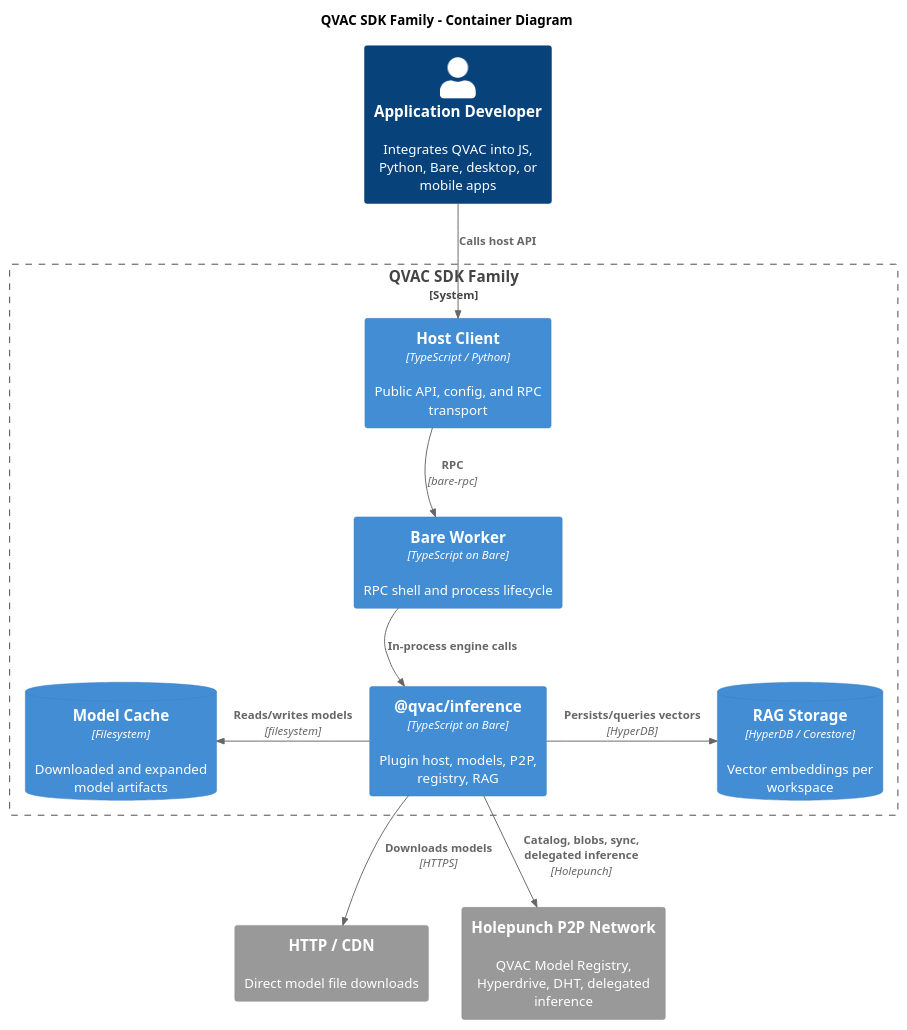
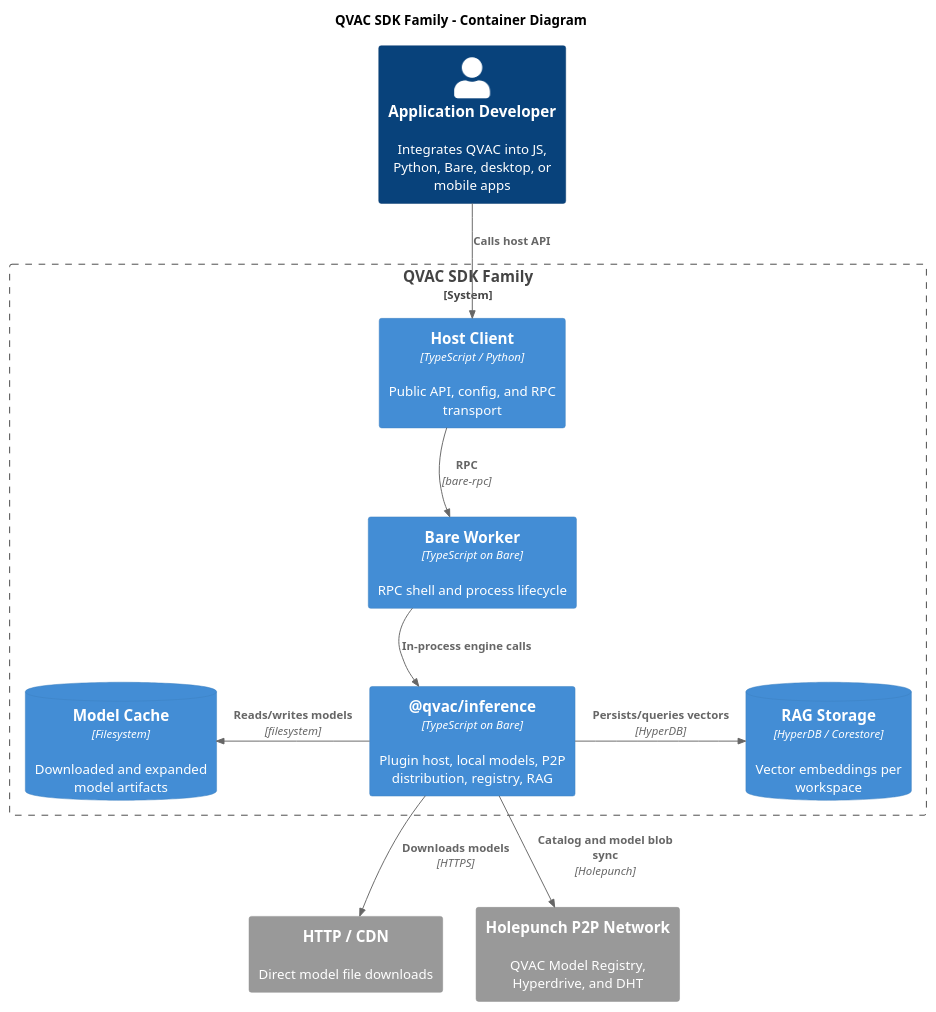
The diagram in docs/architecture/puml/02-container.puml (tetherto/qvac), drawn with PlantUML before and after one commit. The commit also changed 12 other files, not shown here.

Commit message:
doc[notask]: update architecture after delegated inference removal

```diff
--- a/docs/architecture/puml/02-container.puml
+++ b/docs/architecture/puml/02-container.puml
@@ -1,32 +1,32 @@
 @startuml
 !include <C4/C4_Container>
 HIDE_STEREOTYPE()
 
 title QVAC SDK Family - Container Diagram
 
 Person(dev, "Application Developer", "Integrates QVAC into JS, Python, Bare, desktop, or mobile apps")
 
 System_Boundary(sdk, "QVAC SDK Family") {
     Container(client, "Host Client", "TypeScript / Python", "Public API, config, and RPC transport")
     Container(worker, "Bare Worker", "TypeScript on Bare", "RPC shell and process lifecycle")
-    Container(engine, "@qvac/inference", "TypeScript on Bare", "Plugin host, models, P2P, registry, RAG")
+    Container(engine, "@qvac/inference", "TypeScript on Bare", "Plugin host, local models, P2P distribution, registry, RAG")
     ContainerDb(cache, "Model Cache", "Filesystem", "Downloaded and expanded model artifacts")
     ContainerDb(rag_store, "RAG Storage", "HyperDB / Corestore", "Vector embeddings per workspace")
 }
 
 System_Ext(http, "HTTP / CDN", "Direct model file downloads")
-System_Ext(p2p, "Holepunch P2P Network", "QVAC Model Registry, Hyperdrive, DHT, delegated inference")
+System_Ext(p2p, "Holepunch P2P Network", "QVAC Model Registry, Hyperdrive, and DHT")
 
 Rel_D(dev, client, "Calls host API")
 Rel_D(client, worker, "RPC", "bare-rpc")
 Rel_D(worker, engine, "In-process engine calls")
 Rel_L(engine, cache, "Reads/writes models", "filesystem")
 Rel_R(engine, rag_store, "Persists/queries vectors", "HyperDB")
 Rel_D(engine, http, "Downloads models", "HTTPS")
-Rel_D(engine, p2p, "Catalog, blobs, sync, delegated inference", "Holepunch")
+Rel_D(engine, p2p, "Catalog and model blob sync", "Holepunch")
 
 Lay_D(client, worker)
 Lay_D(worker, engine)
 Lay_R(http, p2p)
 
 @enduml
```
